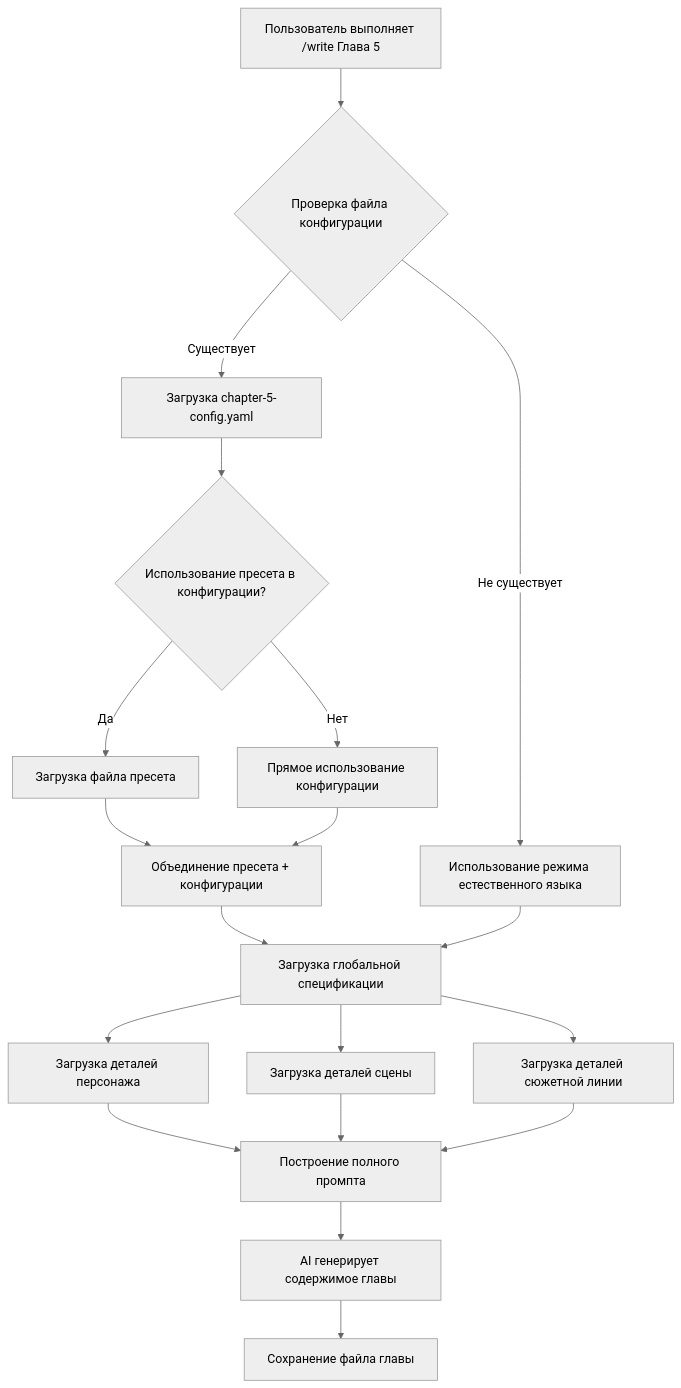
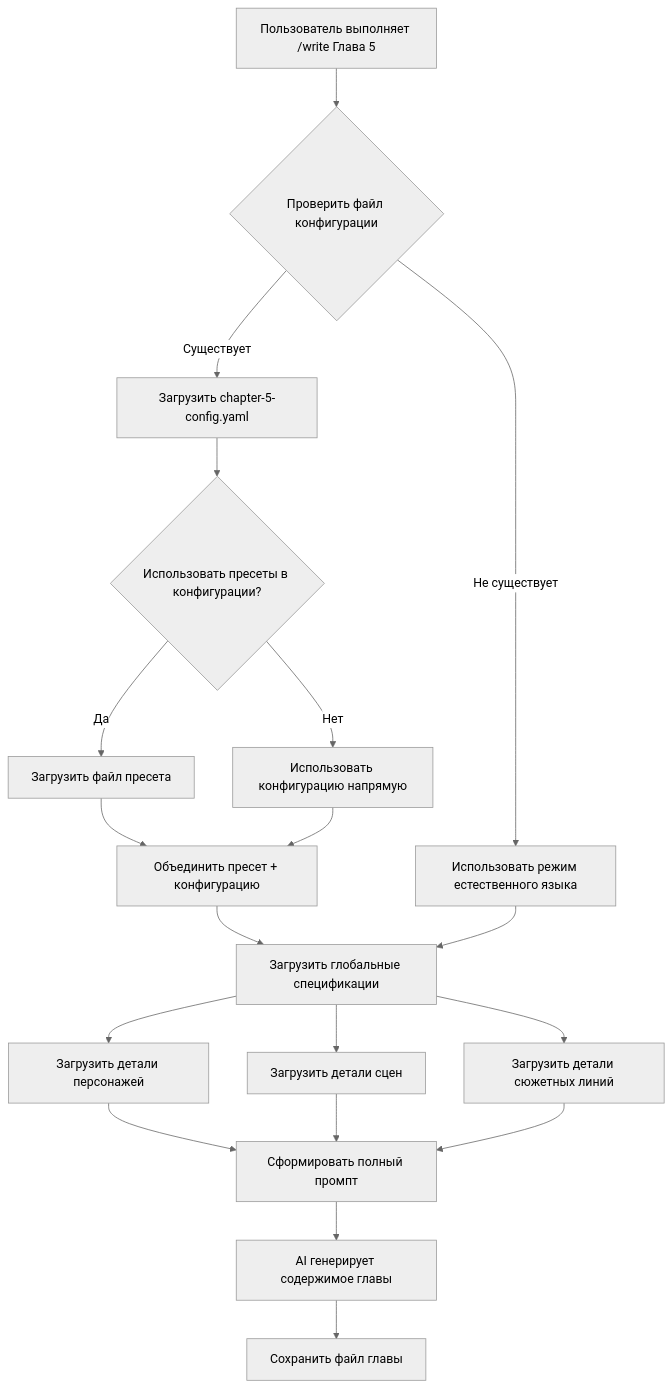
Before and after one commit to jakerdy/novel-writer-ru: the diagram in docs/prd/chapter/chapter-config-system.md, drawn with Mermaid (neutral theme). The commit also changed other lines of this file and 397 other files, not shown here.

````diff
--- a/docs/prd/chapter/chapter-config-system.md
+++ b/docs/prd/chapter/chapter-config-system.md
@@ -798,27 +919,27 @@
 ```mermaid
 graph TD
-    A[Пользователь выполняет /write Глава 5] --> B{Проверка файла конфигурации}
-    B -->|Существует| C[Загрузка chapter-5-config.yaml]
-    B -->|Не существует| D[Использование режима естественного языка]
+    A[Пользователь выполняет /write Глава 5] --> B{Проверить файл конфигурации}
+    B -->|Существует| C[Загрузить chapter-5-config.yaml]
+    B -->|Не существует| D[Использовать режим естественного языка]
 
-    C --> E{Использование пресета в конфигурации?}
-    E -->|Да| F[Загрузка файла пресета]
-    E -->|Нет| G[Прямое использование конфигурации]
+    C --> E{Использовать пресеты в конфигурации?}
+    E -->|Да| F[Загрузить файл пресета]
+    E -->|Нет| G[Использовать конфигурацию напрямую]
 
-    F --> H[Объединение пресета + конфигурации]
+    F --> H[Объединить пресет + конфигурацию]
     G --> H
-    H --> I[Загрузка глобальной спецификации]
+    H --> I[Загрузить глобальные спецификации]
 
     D --> I
 
-    I --> J[Загрузка деталей персонажа]
-    I --> K[Загрузка деталей сцены]
-    I --> L[Загрузка деталей сюжетной линии]
+    I --> J[Загрузить детали персонажей]
+    I --> K[Загрузить детали сцен]
+    I --> L[Загрузить детали сюжетных линий]
 
-    J --> M[Построение полного промпта]
+    J --> M[Сформировать полный промпт]
     K --> M
     L --> M
 
     M --> N[AI генерирует содержимое главы]
-    N --> O[Сохранение файла главы]
+    N --> O[Сохранить файл главы]
 ```
````
